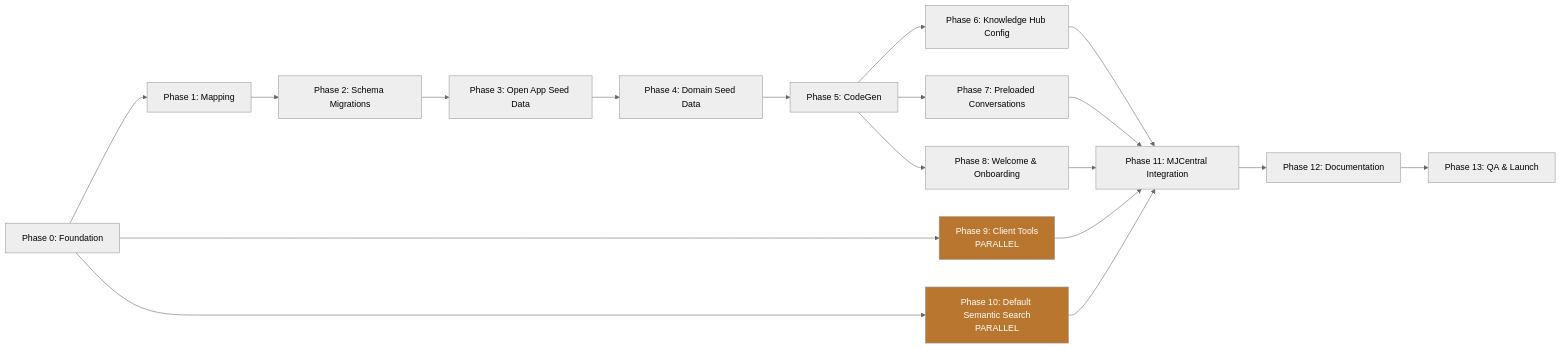
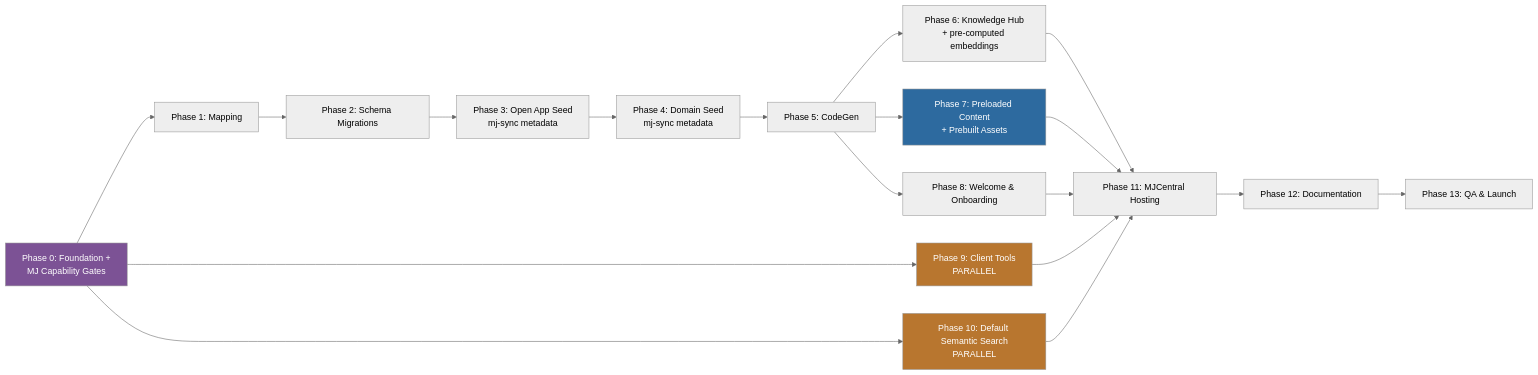
One commit to MemberJunction/MJ changed the eighth of 8 diagrams in plans/association-db/v2-plan.md. Above: the diagram before and after it, drawn with Mermaid (neutral theme). The commit also changed other lines of this file, not shown here.

````diff
--- a/plans/association-db/v2-plan.md
+++ b/plans/association-db/v2-plan.md
@@ -1110,23 +1213,25 @@
 ```mermaid
 flowchart LR
-    P0[Phase 0: Foundation] --> P1[Phase 1: Mapping]
+    P0[Phase 0: Foundation +<br/>MJ Capability Gates] --> P1[Phase 1: Mapping]
     P1 --> P2[Phase 2: Schema Migrations]
-    P2 --> P3[Phase 3: Open App Seed Data]
-    P3 --> P4[Phase 4: Domain Seed Data]
+    P2 --> P3[Phase 3: Open App Seed<br/>mj-sync metadata]
+    P3 --> P4[Phase 4: Domain Seed<br/>mj-sync metadata]
     P4 --> P5[Phase 5: CodeGen]
-    P5 --> P6[Phase 6: Knowledge Hub Config]
-    P5 --> P7[Phase 7: Preloaded Conversations]
+    P5 --> P6[Phase 6: Knowledge Hub<br/>+ pre-computed embeddings]
+    P5 --> P7[Phase 7: Preloaded Content<br/>+ Prebuilt Assets]
     P5 --> P8[Phase 8: Welcome & Onboarding]
     P0 --> P9[Phase 9: Client Tools<br/>PARALLEL]
     P0 --> P10[Phase 10: Default Semantic Search<br/>PARALLEL]
-    P6 --> P11[Phase 11: MJCentral Integration]
+    P6 --> P11[Phase 11: MJCentral Hosting]
     P7 --> P11
     P8 --> P11
     P9 --> P11
     P10 --> P11
     P11 --> P12[Phase 12: Documentation]
     P12 --> P13[Phase 13: QA & Launch]
 
     style P9 fill:#b8762f,color:#fff
     style P10 fill:#b8762f,color:#fff
+    style P0 fill:#7c5295,color:#fff
+    style P7 fill:#2d6a9f,color:#fff
 ```
````
